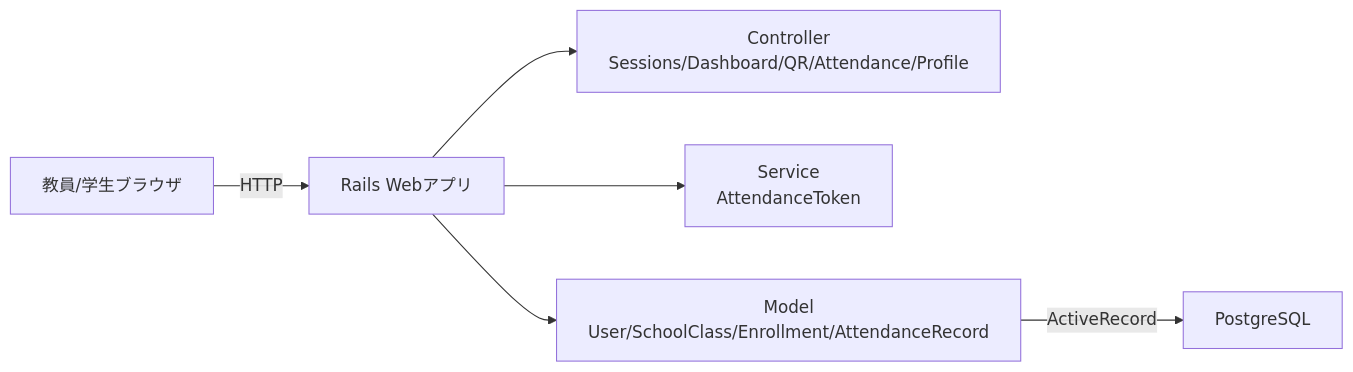
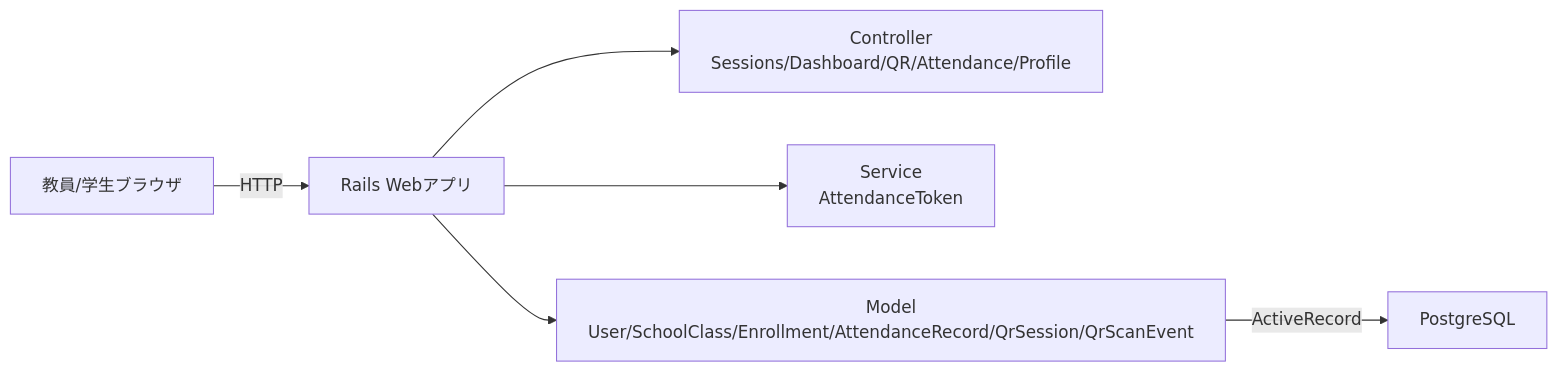
One commit to syusyusyusyu/Attendance changed the third of 7 diagrams in 仕様書.md. Above: the diagram before and after it, drawn with Mermaid. The commit also changed other lines of this file, not shown here.

Commit message:
仕様書を更新し、出席登録とQRトークン生成のプロセスを明確化。QrSessionおよびQrScanEventモデルを追加し、関連するフローチャートとクラス図を修正。

````diff
--- a/仕様書.md
+++ b/仕様書.md
@@ -94,8 +94,8 @@
 ```mermaid
 flowchart LR
   U[教員/学生ブラウザ] -->|HTTP| W[Rails Webアプリ]
   W --> C[Controller<br/>Sessions/Dashboard/QR/Attendance/Profile]
   W --> S[Service<br/>AttendanceToken]
-  W --> M[Model<br/>User/SchoolClass/Enrollment/AttendanceRecord]
+  W --> M[Model<br/>User/SchoolClass/Enrollment/AttendanceRecord/QrSession/QrScanEvent]
   M -->|ActiveRecord| DB[PostgreSQL]
 ```
````
